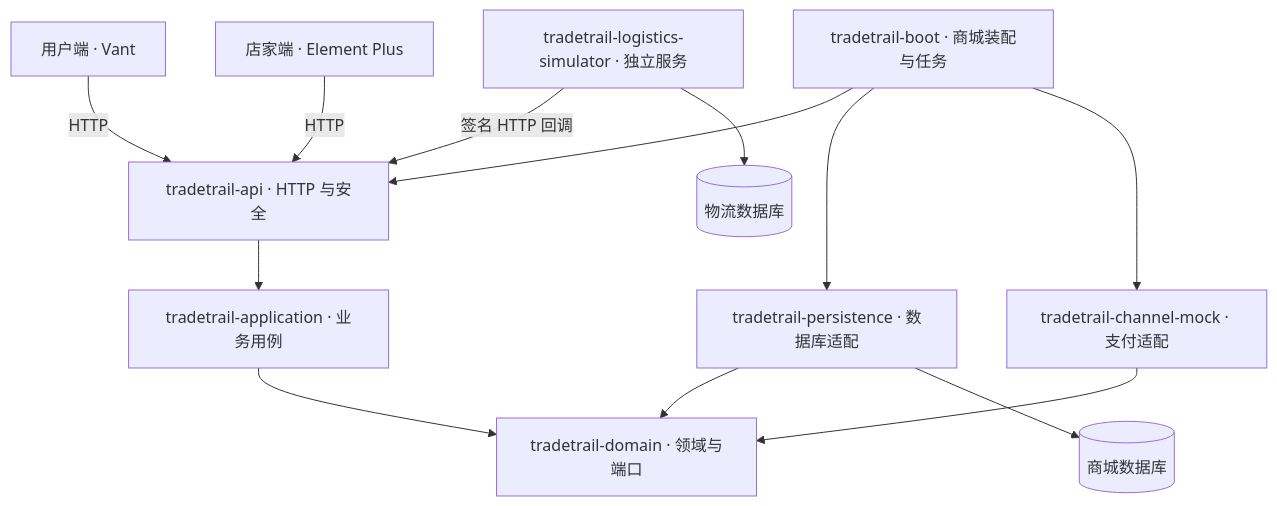
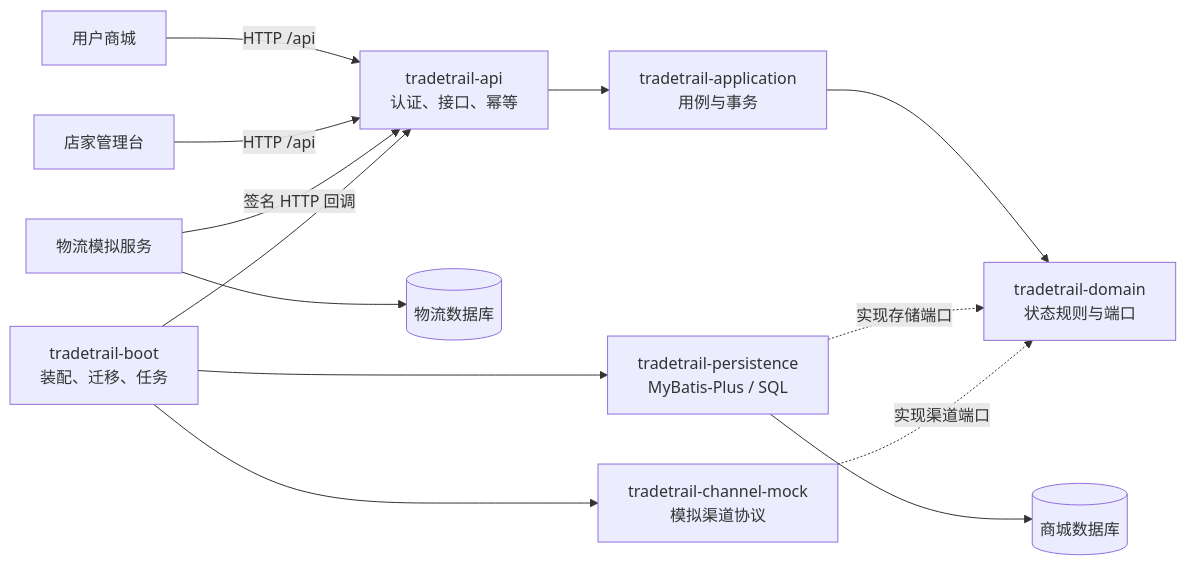
One commit to kamten7/TradeTrail changed the first of 5 diagrams in README.md. Above: the diagram before and after it, drawn with Mermaid. The commit also changed other lines of this file, not shown here.

````diff
--- a/README.md
+++ b/README.md
@@ -126,15 +25,15 @@
 ```mermaid
-flowchart TD
-    Boot[tradetrail-boot · 商城装配与任务] --> Api[tradetrail-api · HTTP 与安全]
-    Boot --> Persistence[tradetrail-persistence · 数据库适配]
-    Boot --> Channel[tradetrail-channel-mock · 支付适配]
-    Api --> Application[tradetrail-application · 业务用例]
-    Application --> Domain[tradetrail-domain · 领域与端口]
-    Persistence --> Domain
-    Channel --> Domain
-    Customer[用户端 · Vant] -->|HTTP| Api
-    Merchant[店家端 · Element Plus] -->|HTTP| Api
-    Logistics[tradetrail-logistics-simulator · 独立服务] -->|签名 HTTP 回调| Api
+flowchart LR
+    Customer[用户商城] -->|HTTP /api| API
+    Merchant[店家管理台] -->|HTTP /api| API
+    Logistics[物流模拟服务] -->|签名 HTTP 回调| API
+    API[tradetrail-api<br/>认证、接口、幂等] --> App[tradetrail-application<br/>用例与事务]
+    App --> Domain[tradetrail-domain<br/>状态规则与端口]
+    Persistence[tradetrail-persistence<br/>MyBatis-Plus / SQL] -.实现存储端口.-> Domain
+    Mock[tradetrail-channel-mock<br/>模拟渠道协议] -.实现渠道端口.-> Domain
+    Boot[tradetrail-boot<br/>装配、迁移、任务] --> API
+    Boot --> Persistence
+    Boot --> Mock
     Persistence --> MallDB[(商城数据库)]
     Logistics --> LogisticsDB[(物流数据库)]
 ```
````
